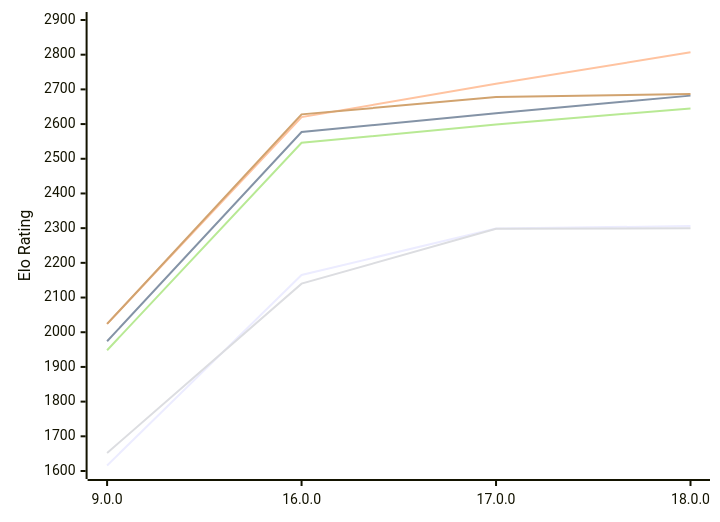
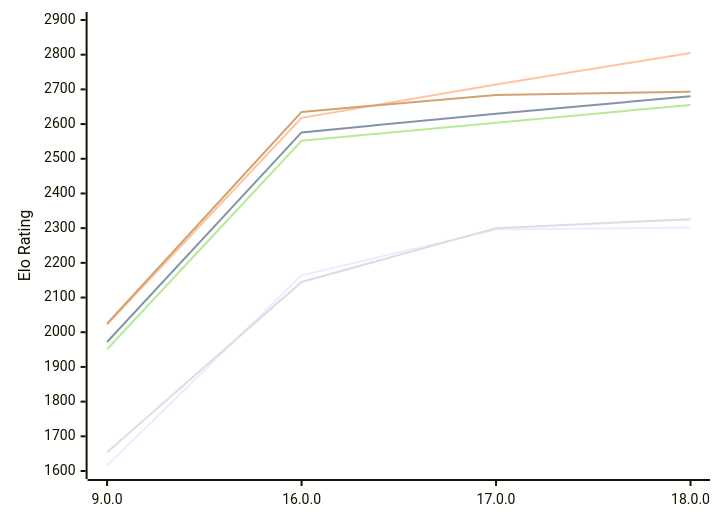
The first of 2 diagrams in engines/Cepimetheus.md (computer-chess-index/cci), drawn with Mermaid before and after one commit. The commit also changed other lines of this file, not shown here.

Commit message:
Update CCI Ratings (ELO VLTC) - 2026-11-23

````diff
--- a/engines/Cepimetheus.md
+++ b/engines/Cepimetheus.md
@@ -66,12 +66,12 @@
 ```mermaid
 %%{init: {"theme":"base","themeVariables":{"seriesColors:['#a3a3a3','#222221','#faa371']}}}%%
 xychart-beta
   x-axis ["9.0.0", "16.0.0", "17.0.0", "18.0.0"]
   y-axis "Elo Rating" 1600 --> 2900
-  line "E1: STC (8.0+0.08s)" [1616, 2165, 2299, 2306]
-  line "E1: LTC (60.0+0.60s)" [1974, 2577, 2631, 2682]
-  line "E1: VLTC (2m24s+1.12s)" [2024, 2620, 2716, 2807]
-  line "P1: STC (8.0+0.08s)" [1652, 2140, 2298, 2300]
-  line "P1: LTC (60.0+0.60s)" [1948, 2546, 2599, 2645]
-  line "P1: VLTC (2m24s+1.12s)" [2024, 2628, 2678, 2687]
+  line "E1: STC (8.0+0.08s)" [1616, 2164, 2296, 2302]
+  line "E1: LTC (60.0+0.60s)" [1972, 2576, 2630, 2680]
+  line "E1: VLTC (2m24s+1.12s)" [2022, 2618, 2714, 2805]
+  line "P1: STC (8.0+0.08s)" [1654, 2145, 2300, 2326]
+  line "P1: LTC (60.0+0.60s)" [1951, 2552, 2604, 2655]
+  line "P1: VLTC (2m24s+1.12s)" [2025, 2635, 2684, 2693]
 ```
````
